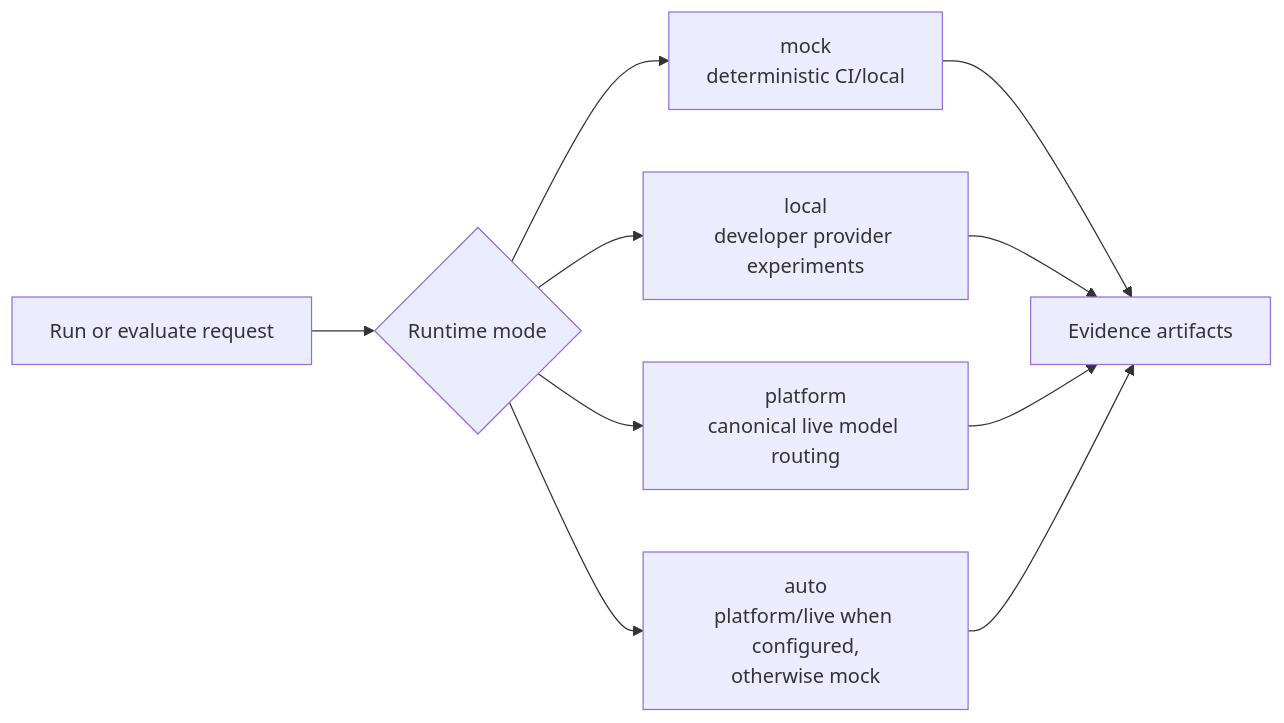
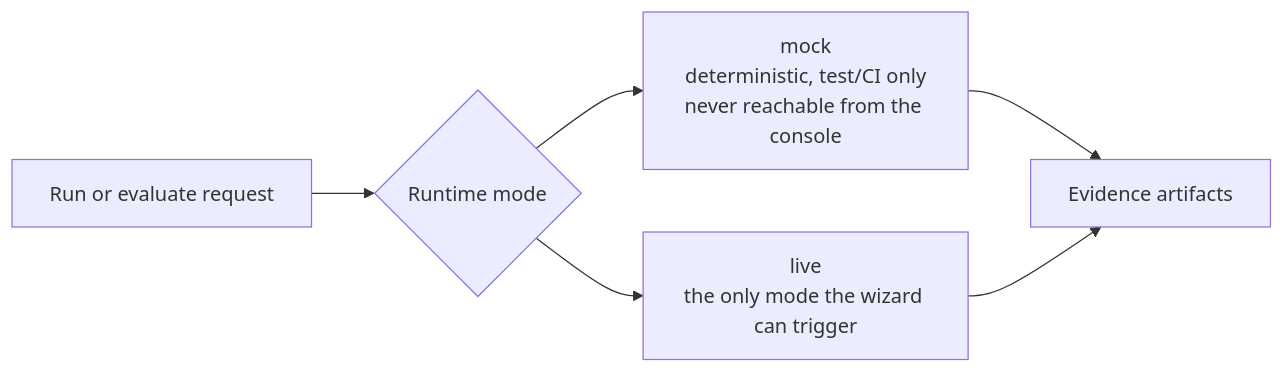
One commit to bfalkowski/edd-platform changed the fifth of 6 diagrams in docs/ARCHITECTURE.md. Above: the diagram before and after it, drawn with Mermaid. The commit also changed other lines of this file and 22 other files, not shown here.

First line of the commit message:
Consolidate architecture docs, fix accuracy drift, reconcile Beads

````diff
--- a/docs/ARCHITECTURE.md
+++ b/docs/ARCHITECTURE.md
@@ -145,20 +163,14 @@
 ```mermaid
 flowchart LR
   Request["Run or evaluate request"]
   Mode{"Runtime mode"}
-  Mock["mock<br/>deterministic CI/local"]
-  Local["local<br/>developer provider experiments"]
-  Platform["platform<br/>canonical live model routing"]
-  Auto["auto<br/>platform/live when configured,<br/>otherwise mock"]
+  Mock["mock<br/>deterministic, test/CI only<br/>never reachable from the console"]
+  Live["live<br/>the only mode the wizard can trigger"]
   Evidence["Evidence artifacts"]
 
   Request --> Mode
   Mode --> Mock
-  Mode --> Local
-  Mode --> Platform
-  Mode --> Auto
+  Mode --> Live
   Mock --> Evidence
-  Local --> Evidence
-  Platform --> Evidence
-  Auto --> Evidence
+  Live --> Evidence
 ```
````
